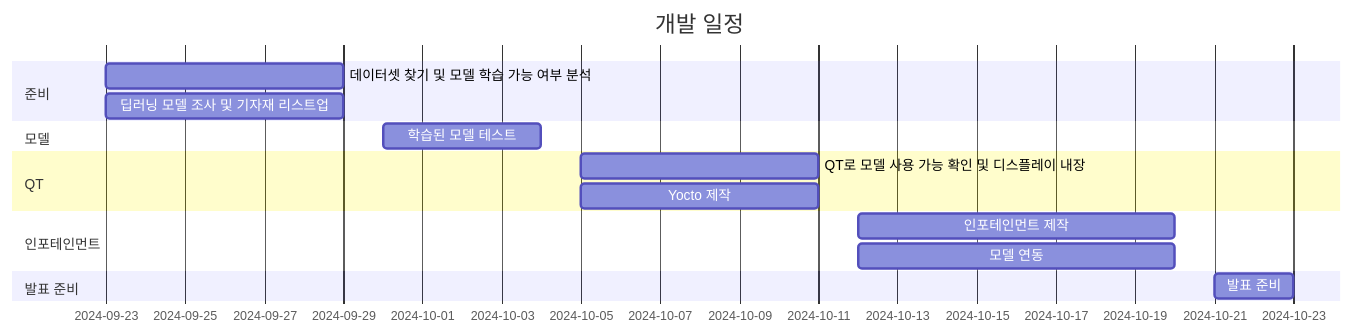
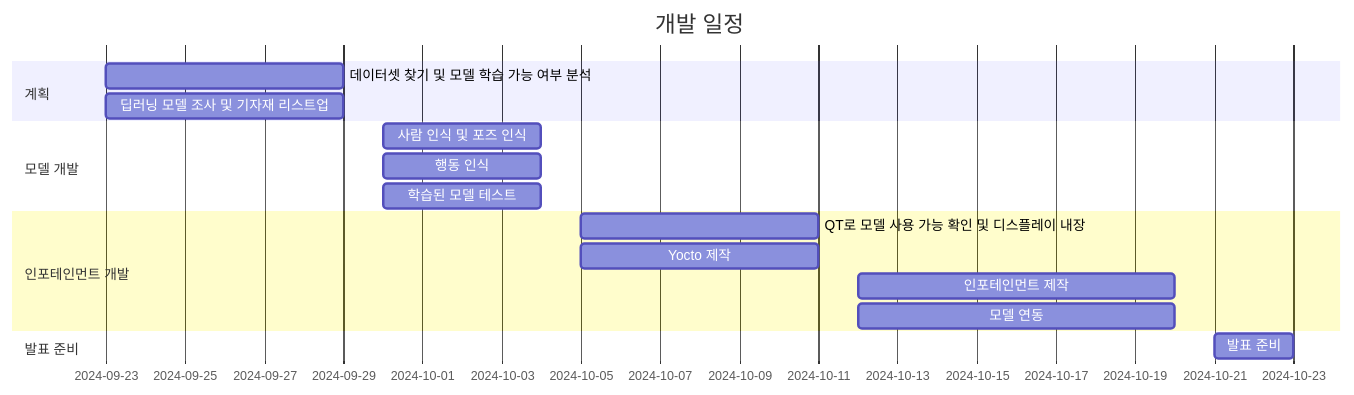
One commit to opmaksim/Project_SignalMaster changed the first of 2 diagrams in README.md. Above: the diagram before and after it, drawn with Mermaid.

````diff
--- a/README.md
+++ b/README.md
@@ -8,19 +8,20 @@
 ```mermaid
 gantt
     title 개발 일정      
     dateFormat  YYYY-MM-DD 
-    section 준비
+    section 계획
     데이터셋 찾기 및 모델 학습 가능 여부 분석 :2024-09-23, 2024-09-29
     딥러닝 모델 조사 및 기자재 리스트업      :2024-09-23, 2024-09-29
-    section 모델
+    section 모델 개발
+    사람 인식 및 포즈 인식                     :2024-09-30, 2024-10-04
+    행동 인식                      :2024-09-30, 2024-10-04
     학습된 모델 테스트                      :2024-09-30, 2024-10-04
-    section QT
+    section 인포테인먼트 개발
     QT로 모델 사용 가능 확인 및 디스플레이 내장 :2024-10-05, 2024-10-11
     Yocto 제작                             :2024-10-05, 2024-10-11
-    section 인포테인먼트
     인포테인먼트 제작                      :2024-10-12, 2024-10-20
     모델 연동                             :2024-10-12, 2024-10-20
     section 발표 준비
     발표 준비                    :2024-10-21, 2024-10-23
 
 ```
````
